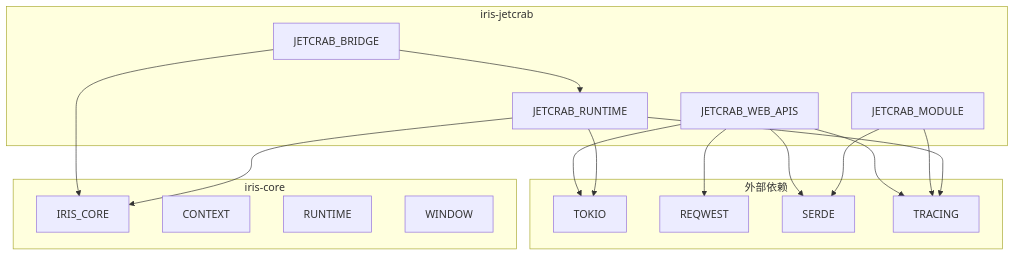
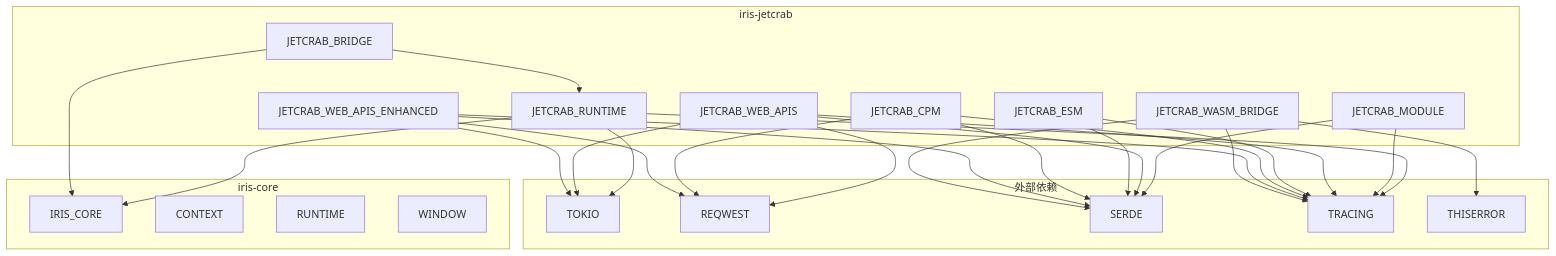
Before and after one commit to itszzl-sudo/iris: diagram 22 of 22 in .qoder/repowiki/zh/content/技术架构详解/JS沙箱运行时/Iris-JetCrab运行时.md, drawn with Mermaid. The commit also changed other lines of this file and 12 other files, not shown here.

````diff
--- a/.qoder/repowiki/zh/content/技术架构详解/JS沙箱运行时/Iris-JetCrab运行时.md
+++ b/.qoder/repowiki/zh/content/技术架构详解/JS沙箱运行时/Iris-JetCrab运行时.md
@@ -516,32 +873,49 @@
 ```mermaid
 graph TD
 subgraph "iris-jetcrab"
 JC[JETCRAB_RUNTIME]
 BR[JETCRAB_BRIDGE]
 ML[JETCRAB_MODULE]
 WA[JETCRAB_WEB_APIS]
+ESM[JETCRAB_ESM]
+CPM[JETCRAB_CPM]
+WAE[JETCRAB_WEB_APIS_ENHANCED]
+WB[JETCRAB_WASM_BRIDGE]
 end
 subgraph "iris-core"
 CORE[IRIS_CORE]
 CTX[CONTEXT]
 RT[RUNTIME]
 WIN[WINDOW]
 end
 subgraph "外部依赖"
 TOK[TOKIO]
 REQ[REQWEST]
 SER[SERDE]
 TRC[TRACING]
+THS[THISERROR]
 end
 JC --> CORE
 JC --> TOK
 JC --> TRC
 BR --> CORE
 BR --> JC
 ML --> SER
 ML --> TRC
 WA --> TOK
 WA --> REQ
 WA --> SER
 WA --> TRC
+ESM --> SER
+ESM --> TRC
+CPM --> SER
+CPM --> TRC
+CPM --> REQ
+WAE --> TOK
+WAE --> REQ
+WAE --> SER
+WAE --> TRC
+WB --> SER
+WB --> TRC
+WB --> THS
 ```
````
